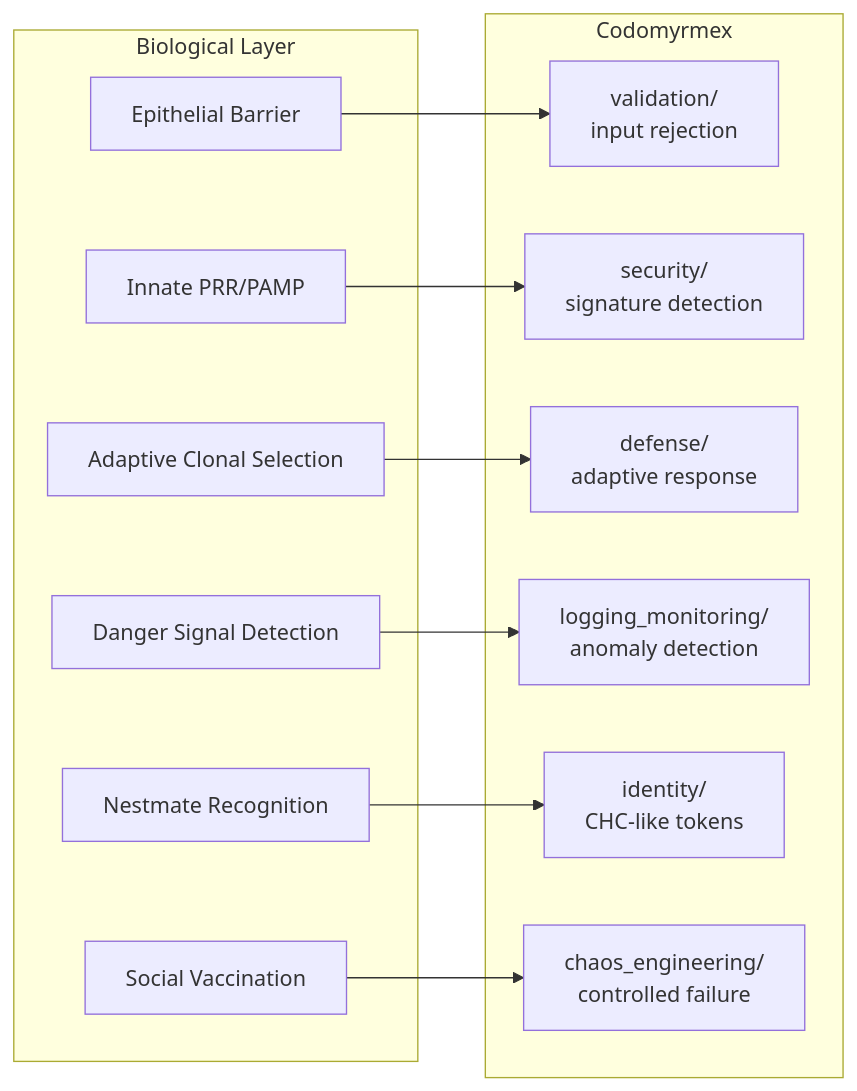
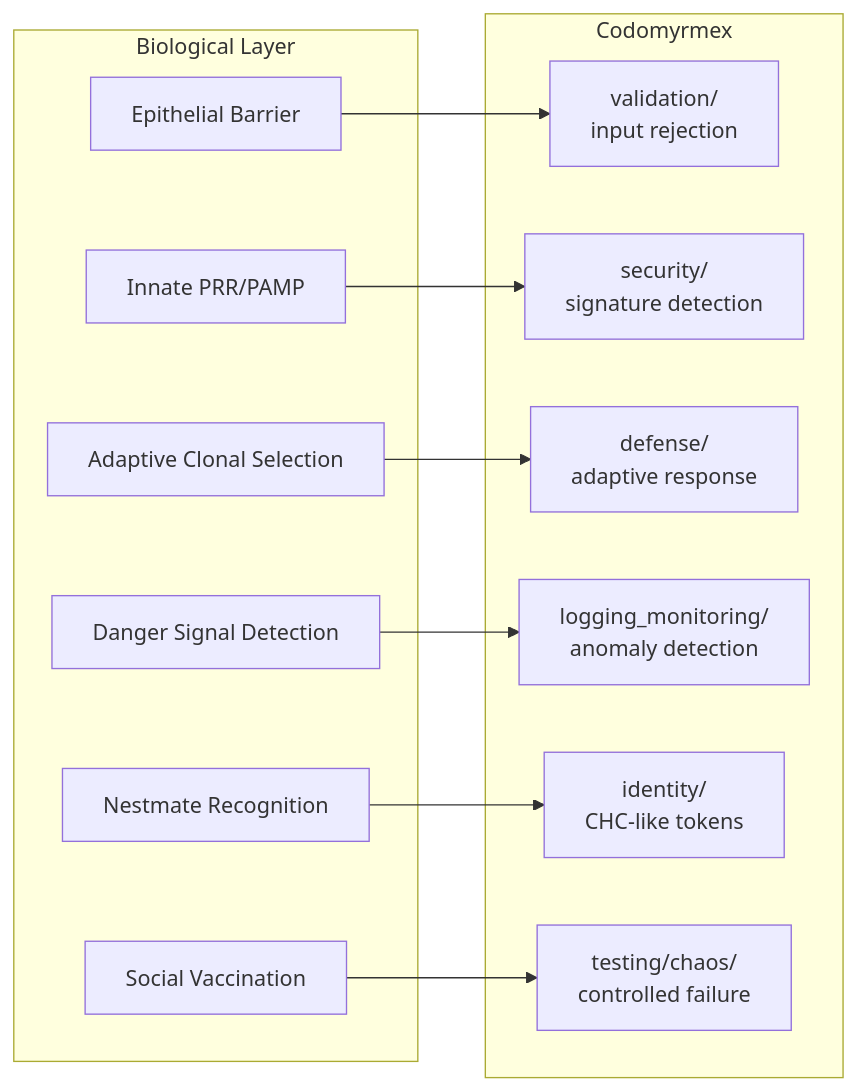
The second of 2 diagrams in docs/bio/immune_system.md (docxology/codomyrmex), drawn with Mermaid before and after one commit. The commit also changed other lines of this file and 614 other files, not shown here.

````diff
--- a/docs/bio/immune_system.md
+++ b/docs/bio/immune_system.md
@@ -62,27 +62,27 @@
 ```mermaid
 graph LR
     subgraph BIO_IMMUNE["Biological Layer"]
         SKIN["Epithelial Barrier"]
         INNATE_L["Innate PRR/PAMP"]
         ADAPTIVE_L["Adaptive Clonal Selection"]
         DANGER_L["Danger Signal Detection"]
         NESTMATE["Nestmate Recognition"]
         VACCINATION["Social Vaccination"]
     end
 
     subgraph CDM_SEC["Codomyrmex"]
         VALID["validation/<br/>input rejection"]
         SEC["security/<br/>signature detection"]
         DEF["defense/<br/>adaptive response"]
         LOG_MON["logging_monitoring/<br/>anomaly detection"]
         IDENT["identity/<br/>CHC-like tokens"]
-        CHAOS["chaos_engineering/<br/>controlled failure"]
+        CHAOS["testing/chaos/<br/>controlled failure"]
     end
 
     SKIN --> VALID
     INNATE_L --> SEC
     ADAPTIVE_L --> DEF
     DANGER_L --> LOG_MON
     NESTMATE --> IDENT
     VACCINATION --> CHAOS
 ```
````
